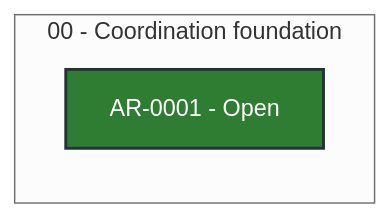
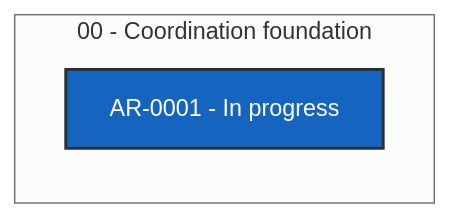
Before and after one commit to martin-beck/agent-workflow-quality-state: the diagram in STATUS.md, drawn with Mermaid (neutral theme). The commit also changed other lines of this file and 2 other files, not shown here.

````diff
--- a/STATUS.md
+++ b/STATUS.md
@@ -27,15 +27,15 @@
 ```mermaid
 flowchart LR
     subgraph series_00["00 - Coordination foundation"]
         direction TB
-        AR_0001["AR-0001 - Open"]:::status_open
+        AR_0001["AR-0001 - In progress"]:::status_in_progress
     end
     classDef status_in_progress fill:#1565c0,color:#ffffff,stroke:#263238,stroke-width:2px
     classDef status_open fill:#2e7d32,color:#ffffff,stroke:#263238,stroke-width:2px
     classDef status_blocked fill:#c62828,color:#ffffff,stroke:#263238,stroke-width:2px
     classDef status_planned fill:#6a1b9a,color:#ffffff,stroke:#263238,stroke-width:2px
     classDef status_future fill:#455a64,color:#ffffff,stroke:#263238,stroke-width:2px
     classDef status_done fill:#00695c,color:#ffffff,stroke:#263238,stroke-width:2px
     classDef status_cancelled fill:#616161,color:#ffffff,stroke:#263238,stroke-width:2px
     classDef status_superseded fill:#5d4037,color:#ffffff,stroke:#263238,stroke-width:2px
 ```
````
